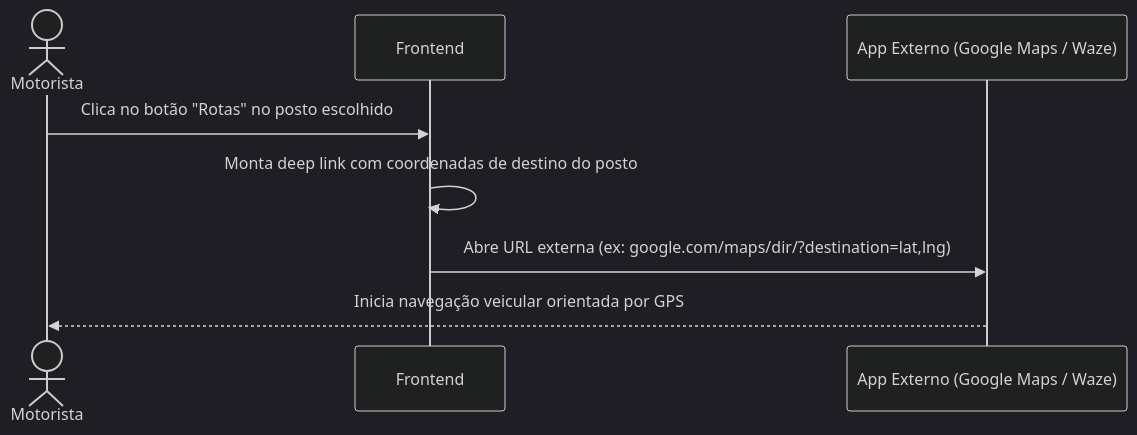
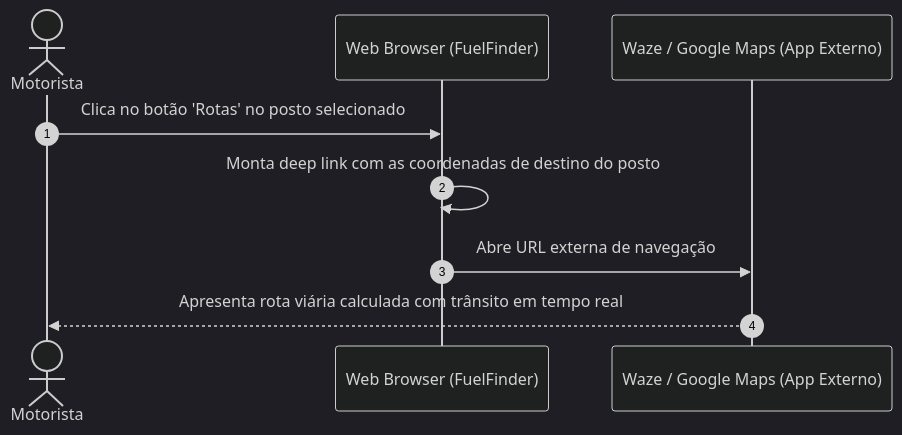
The fifth of 6 diagrams in .ai/architecture.md (fuguharawillian/FuelFinder-), drawn with Mermaid (dark theme) before and after one commit. The commit also changed other lines of this file and 3 other files, not shown here.

````diff
--- a/.ai/architecture.md
+++ b/.ai/architecture.md
@@ -567,11 +434,12 @@
 ```mermaid
 sequenceDiagram
-    actor M as Motorista
-    participant F as Frontend
-    participant EXT as App Externo (Google Maps / Waze)
+    autonumber
+    actor Condutor as Motorista
+    participant Browser as Web Browser (FuelFinder)
+    participant App as Waze / Google Maps (App Externo)
 
-    M->>F: Clica no botão "Rotas" no posto escolhido
-    F->>F: Monta deep link com coordenadas de destino do posto
-    F->>EXT: Abre URL externa (ex: google.com/maps/dir/?destination=lat,lng)
-    EXT-->>M: Inicia navegação veicular orientada por GPS
+    Condutor->>Browser: Clica no botão 'Rotas' no posto selecionado
+    Browser->>Browser: Monta deep link com as coordenadas de destino do posto
+    Browser->>App: Abre URL externa de navegação
+    App-->>Condutor: Apresenta rota viária calculada com trânsito em tempo real
 ```
````
